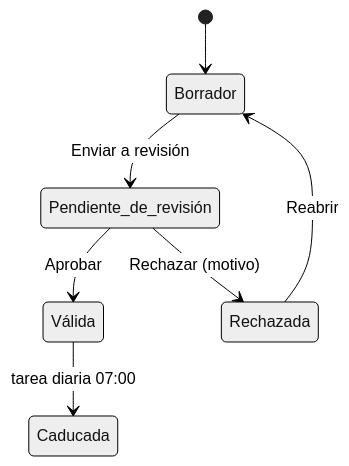
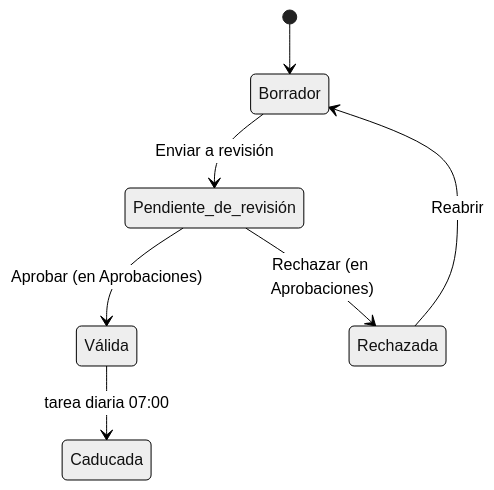
Before and after one commit to albarracingarciap/fluxion-saas: the eighth of 9 diagrams in docs/funcional/flujo-completo-evaluacion.md, drawn with Mermaid (neutral theme). The commit also changed other lines of this file and 37 other files, not shown here.

````diff
--- a/docs/funcional/flujo-completo-evaluacion.md
+++ b/docs/funcional/flujo-completo-evaluacion.md
@@ -745,9 +749,9 @@
 ```mermaid
 stateDiagram-v2
   [*] --> Borrador
   Borrador --> Pendiente_de_revisión: Enviar a revisión
-  Pendiente_de_revisión --> Válida: Aprobar
-  Pendiente_de_revisión --> Rechazada: Rechazar (motivo)
+  Pendiente_de_revisión --> Válida: Aprobar (en Aprobaciones)
+  Pendiente_de_revisión --> Rechazada: Rechazar (en Aprobaciones)
   Rechazada --> Borrador: Reabrir
   Válida --> Caducada: tarea diaria 07:00
 ```
````
